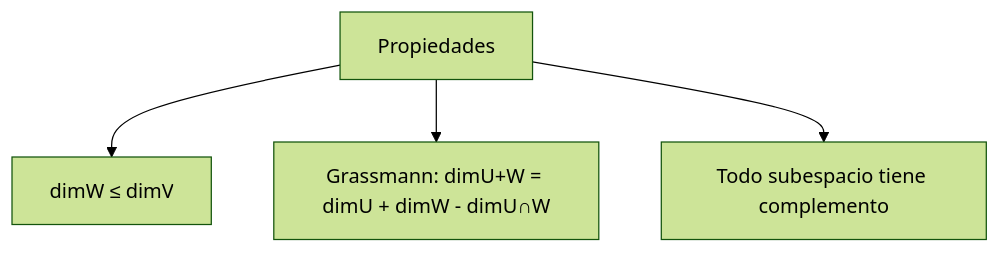
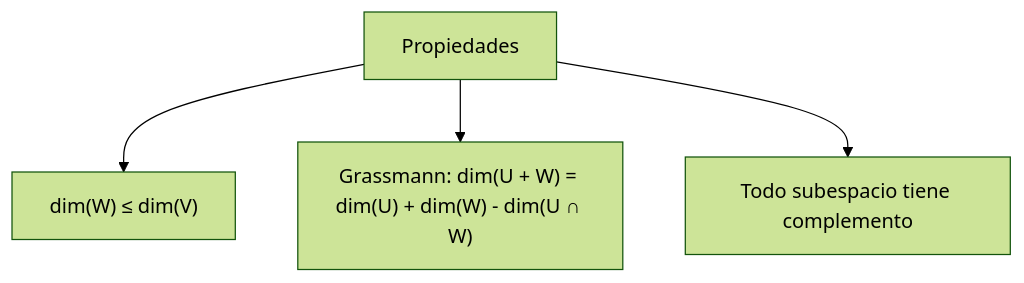
One commit to djaimej/computer-science-template changed the third of 3 diagrams in public/documents/semester-3/1/3113.md. Above: the diagram before and after it, drawn with Mermaid (forest theme). The commit also changed other lines of this file and 34 other files, not shown here.

````diff
--- a/public/documents/semester-3/1/3113.md
+++ b/public/documents/semester-3/1/3113.md
@@ -501,8 +263,8 @@
 ```mermaid
 graph TD
-    L[Propiedades] --> M[dimW ≤ dimV]
-    L --> N[Grassmann: dimU+W = dimU + dimW - dimU∩W]
+    L[Propiedades] --> M["dim(W) ≤ dim(V)"]
+    L --> N["Grassmann: dim(U + W) = dim(U) + dim(W) - dim(U ∩ W)"]
     L --> O[Todo subespacio tiene complemento]
 
     M:::accent
 ```
````
